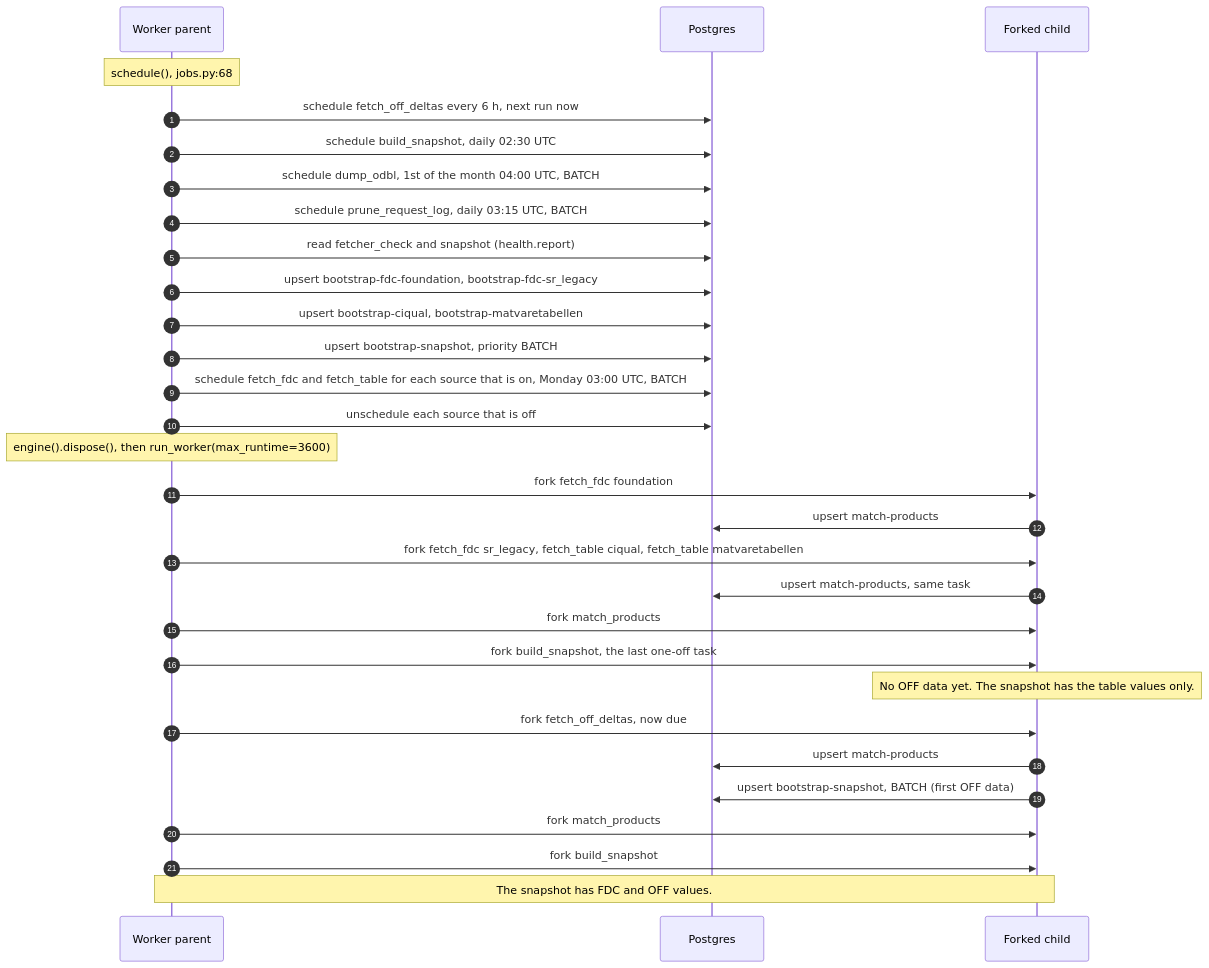
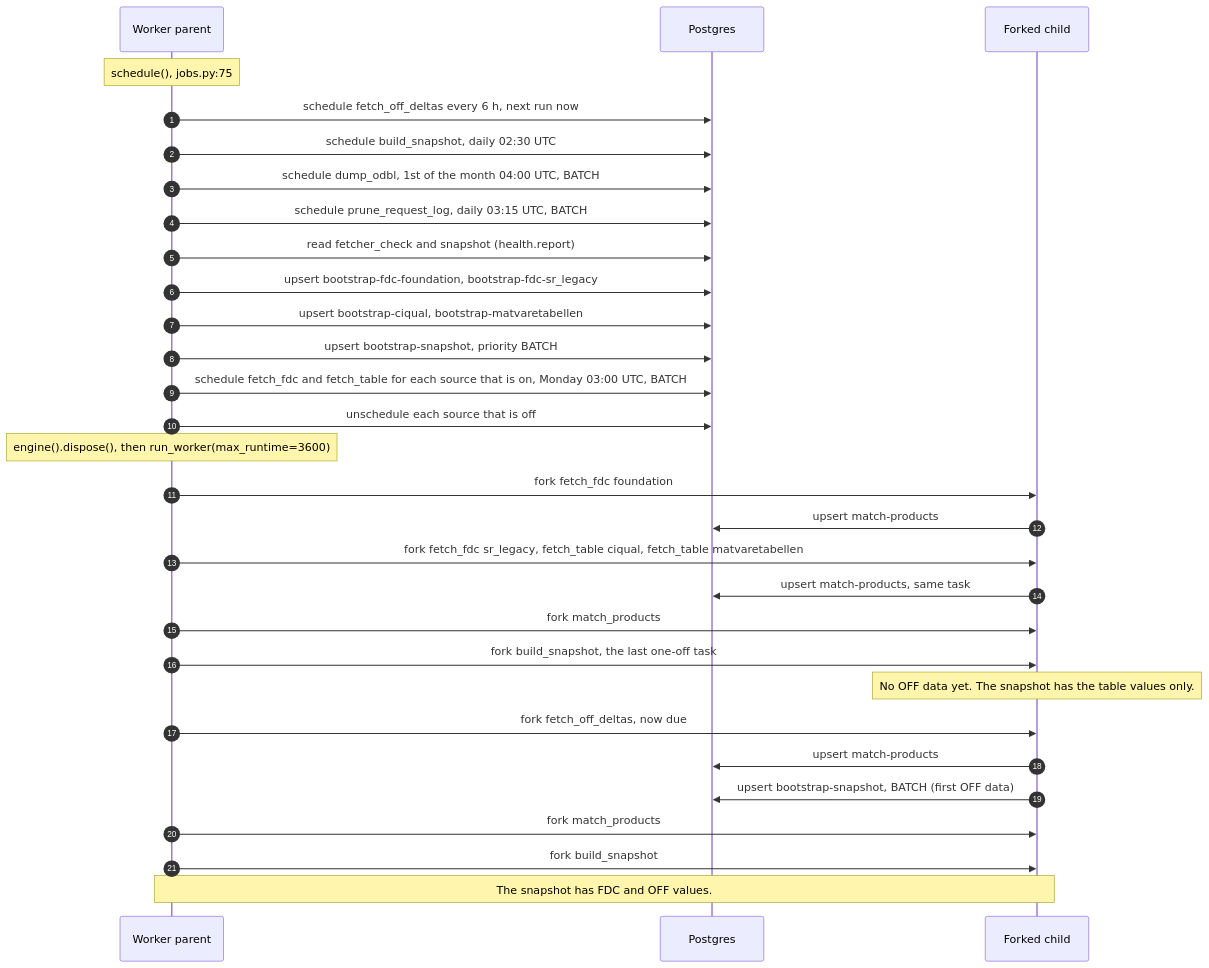
The tenth of 19 diagrams in docs/architecture.md (eait-fit/fooddb), drawn with Mermaid before and after one commit. The commit also changed other lines of this file and 18 other files, not shown here.

````diff
--- a/docs/architecture.md
+++ b/docs/architecture.md
@@ -866,32 +889,32 @@
 ```mermaid
 sequenceDiagram
     autonumber
     participant W as Worker parent
     participant Q as Postgres
     participant C as Forked child
-    Note over W: schedule(), jobs.py:68
+    Note over W: schedule(), jobs.py:75
     W->>Q: schedule fetch_off_deltas every 6 h, next run now
     W->>Q: schedule build_snapshot, daily 02:30 UTC
     W->>Q: schedule dump_odbl, 1st of the month 04:00 UTC, BATCH
     W->>Q: schedule prune_request_log, daily 03:15 UTC, BATCH
     W->>Q: read fetcher_check and snapshot (health.report)
     W->>Q: upsert bootstrap-fdc-foundation, bootstrap-fdc-sr_legacy
     W->>Q: upsert bootstrap-ciqual, bootstrap-matvaretabellen
     W->>Q: upsert bootstrap-snapshot, priority BATCH
     W->>Q: schedule fetch_fdc and fetch_table for each source that is on, Monday 03:00 UTC, BATCH
     W->>Q: unschedule each source that is off
     Note over W: engine().dispose(), then run_worker(max_runtime=3600)
     W->>C: fork fetch_fdc foundation
     C->>Q: upsert match-products
     W->>C: fork fetch_fdc sr_legacy, fetch_table ciqual, fetch_table matvaretabellen
     C->>Q: upsert match-products, same task
     W->>C: fork match_products
     W->>C: fork build_snapshot, the last one-off task
     Note over C: No OFF data yet. The snapshot has the table values only.
     W->>C: fork fetch_off_deltas, now due
     C->>Q: upsert match-products
     C->>Q: upsert bootstrap-snapshot, BATCH (first OFF data)
     W->>C: fork match_products
     W->>C: fork build_snapshot
     Note over W,C: The snapshot has FDC and OFF values.
 ```
````
